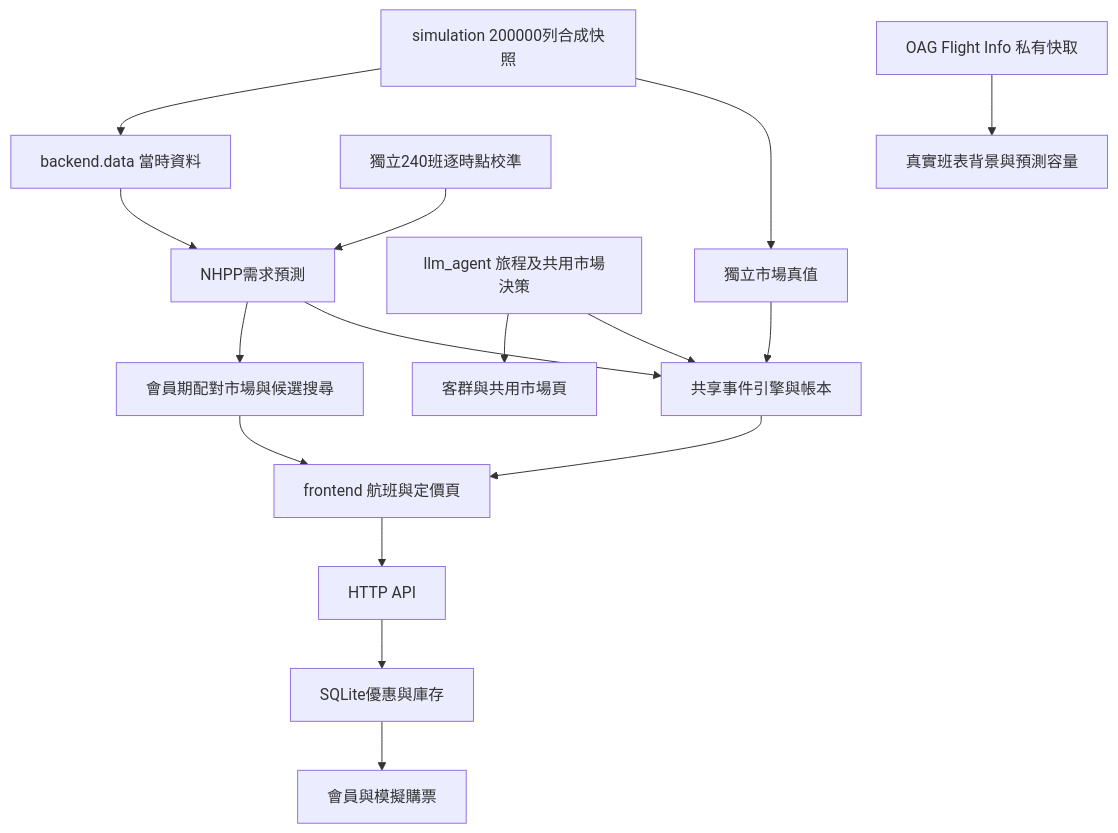
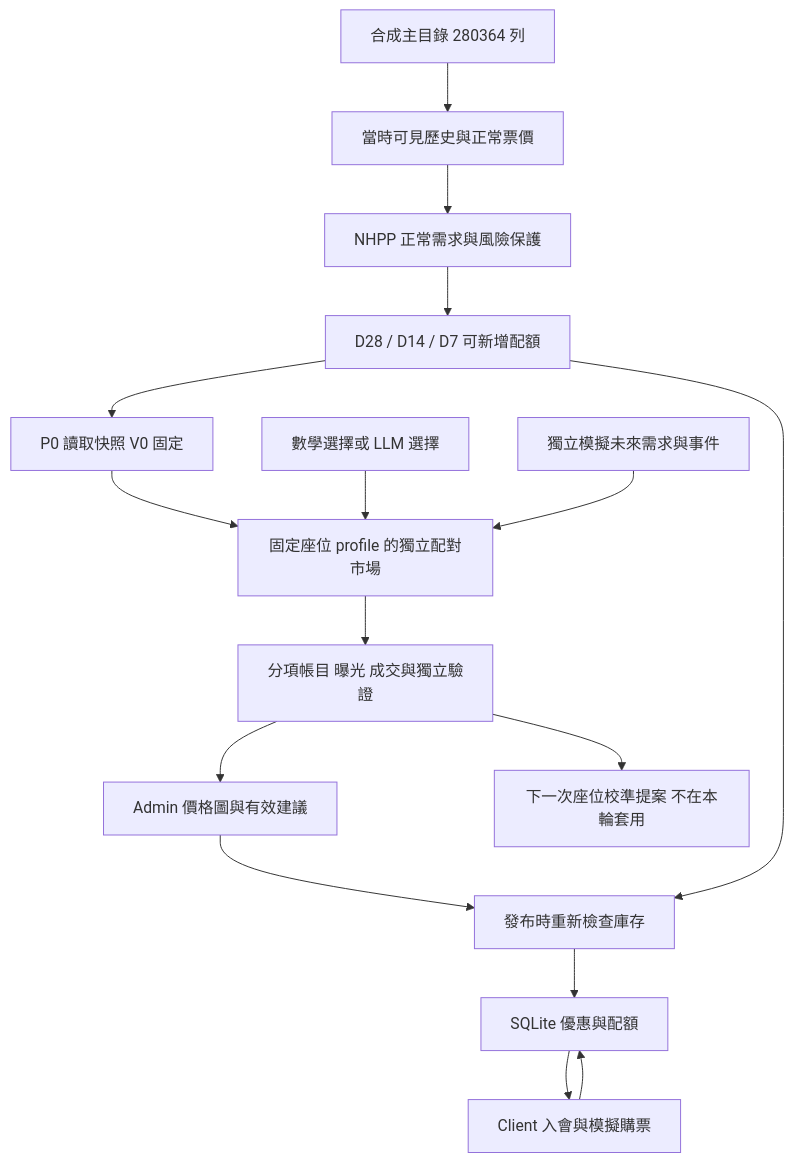
Before and after one commit to Horse-MA00/E117-AirplaneCPU: the diagram in docs/CURRENT_IMPLEMENTATION.md, drawn with Mermaid. The commit also changed other lines of this file and 60 other files, not shown here.

````diff
--- a/docs/CURRENT_IMPLEMENTATION.md
+++ b/docs/CURRENT_IMPLEMENTATION.md
@@ -19,18 +21,18 @@
 ```mermaid
 flowchart TD
-    S[simulation 200000列合成快照] --> D[backend.data 當時資料]
-    D --> N[NHPP需求預測]
-    C[獨立240班逐時點校準] --> N
-    N --> P[會員期配對市場與候選搜尋]
-    P --> F[frontend 航班與定價頁]
-    L[llm_agent 旅程及共用市場決策] --> U[客群與共用市場頁]
-    L --> W[共享事件引擎與帳本]
-    N --> W
-    S --> T[獨立市場真值]
-    T --> W
-    W --> F
-    F --> A[HTTP API]
-    A --> Q[SQLite優惠與庫存]
-    Q --> M[會員與模擬購票]
-    O[OAG Flight Info 私有快取] --> B[真實班表背景與預測容量]
+    S[合成主目錄 280364 列] --> D[當時可見歷史與正常票價]
+    D --> N[NHPP 正常需求與風險保護]
+    N --> R[D28 / D14 / D7 可新增配額]
+    R --> P[P0 讀取快照 V0 固定]
+    P --> W[固定座位 profile 的獨立配對市場]
+    M[數學選擇或 LLM 選擇] --> W
+    T[獨立模擬未來需求與事件] --> W
+    W --> E[分項帳目 曝光 成交與獨立驗證]
+    E --> F[Admin 價格圖與有效建議]
+    E --> U[下一次座位校準提案 不在本輪套用]
+    F --> A[發布時重新檢查庫存]
+    R --> A
+    A --> Q[SQLite 優惠與配額]
+    Q --> C[Client 入會與模擬購票]
+    C --> Q
 ```
````
